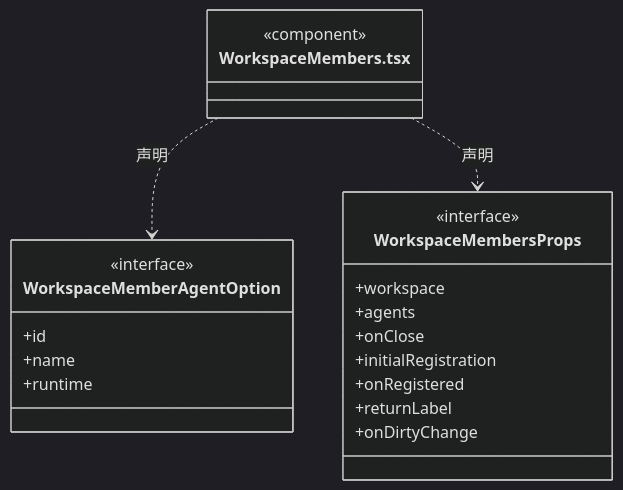
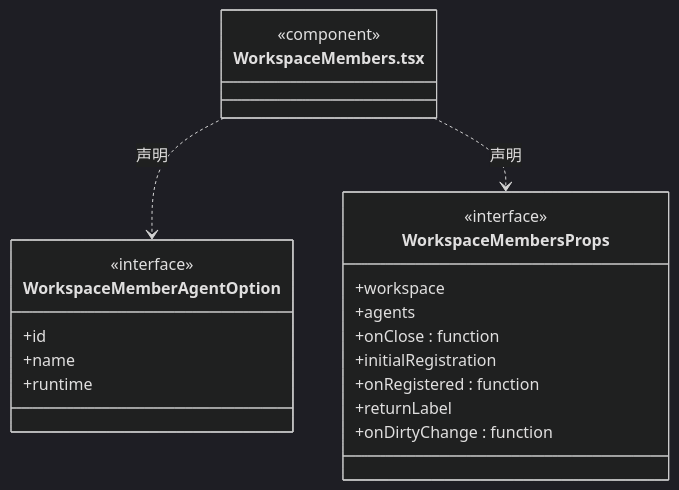
One commit to nan023062/cbim changed diagram 25 of 29 in src/view/team/ARCHITECTURE.md. Above: the diagram before and after it, drawn with Mermaid (dark theme). The commit also changed other lines of this file and 137 other files, not shown here.

Commit message:
fix: align architecture generator with documentation standards

````diff
--- a/src/view/team/ARCHITECTURE.md
+++ b/src/view/team/ARCHITECTURE.md
@@ -559,24 +589,24 @@
 ```mermaid
 classDiagram
 class N_src_view_team_WorkspaceMembers_tsx["WorkspaceMembers.tsx"] {
   <<component>>
 }
 class N_src_view_team_WorkspaceMembers_tsx_WorkspaceMemberAgentOption["WorkspaceMemberAgentOption"] {
   <<interface>>
   +id
   +name
   +runtime
 }
 N_src_view_team_WorkspaceMembers_tsx ..> N_src_view_team_WorkspaceMembers_tsx_WorkspaceMemberAgentOption : 声明
 class N_src_view_team_WorkspaceMembers_tsx_WorkspaceMembersProps["WorkspaceMembersProps"] {
   <<interface>>
   +workspace
   +agents
-  +onClose
+  +onClose : function
   +initialRegistration
-  +onRegistered
+  +onRegistered : function
   +returnLabel
-  +onDirtyChange
+  +onDirtyChange : function
 }
 N_src_view_team_WorkspaceMembers_tsx ..> N_src_view_team_WorkspaceMembers_tsx_WorkspaceMembersProps : 声明
 ```
````
